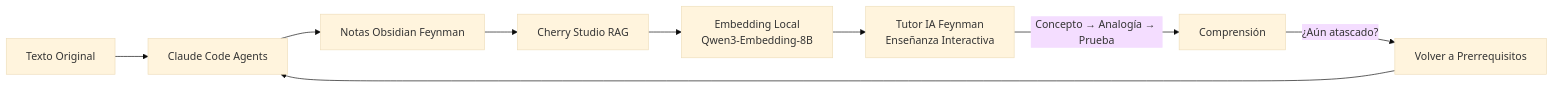
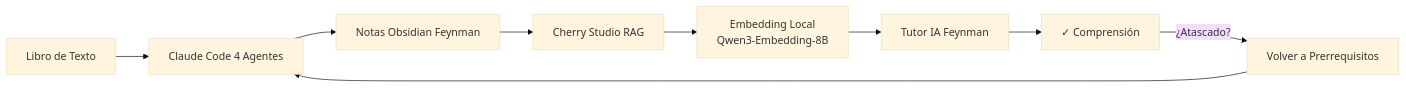
The diagram in README.es.md (3229218431/FeynFlow), drawn with Mermaid (base theme) before and after one commit. The commit also changed other lines of this file and 2 other files, not shown here.

````diff
--- a/README.es.md
+++ b/README.es.md
@@ -15,12 +21,11 @@
 ```mermaid
 flowchart LR
-    A[Texto Original] --> B[Claude Code Agents]
+    A[Libro de Texto] --> B[Claude Code 4 Agentes]
     B --> C[Notas Obsidian Feynman]
     C --> D[Cherry Studio RAG]
     D --> E[Embedding Local<br>Qwen3-Embedding-8B]
-    E --> F[Tutor IA Feynman<br>Enseñanza Interactiva]
-    
-    F -->|"Concepto → Analogía → Prueba"| G[Comprensión]
-    G -->|"¿Aún atascado?"| H[Volver a Prerrequisitos]
+    E --> F[Tutor IA Feynman]
+    F --> G[✓ Comprensión]
+    G -->|¿Atascado?| H[Volver a Prerrequisitos]
     H --> B
 ```
````
